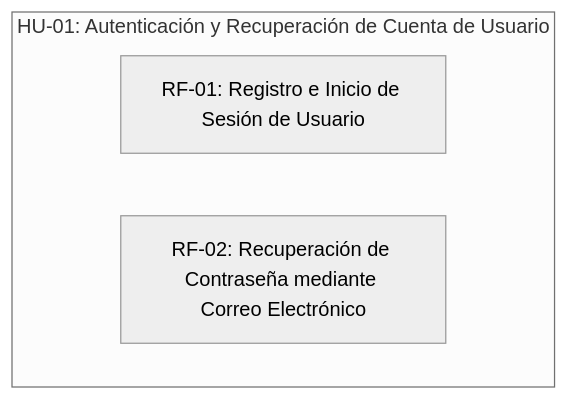
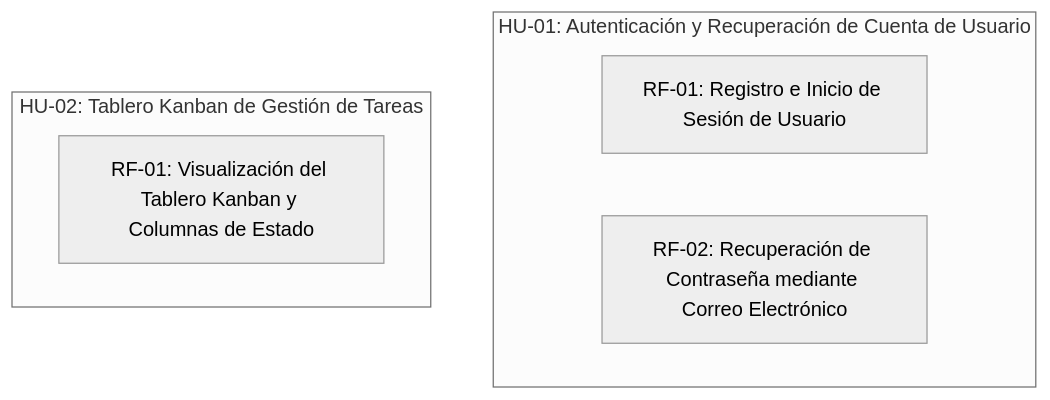
One commit to Agustin-PerezR/Dashboard changed the diagram in scrumDocs/grafo.md. Above: the diagram before and after it, drawn with Mermaid (neutral theme). The commit also changed other lines of this file, not shown here.

Commit message:
Auto-publish: actualiza scrumDocs/grafo.md

````diff
--- a/scrumDocs/grafo.md
+++ b/scrumDocs/grafo.md
@@ -5,7 +5,10 @@
 ```mermaid
 graph TD
   subgraph US_1788520746036["HU-01: Autenticación y Recuperación de Cuenta de Usuario"]
     REQ_1788521426728["RF-01: Registro e Inicio de Sesión de Usuario"]
     REQ_1788521431531["RF-02: Recuperación de Contraseña mediante Correo Electrónico"]
   end
+  subgraph US_1788520756161["HU-02: Tablero Kanban de Gestión de Tareas"]
+    REQ_1788521453775["RF-01: Visualización del Tablero Kanban y Columnas de Estado"]
+  end
 ```
````
